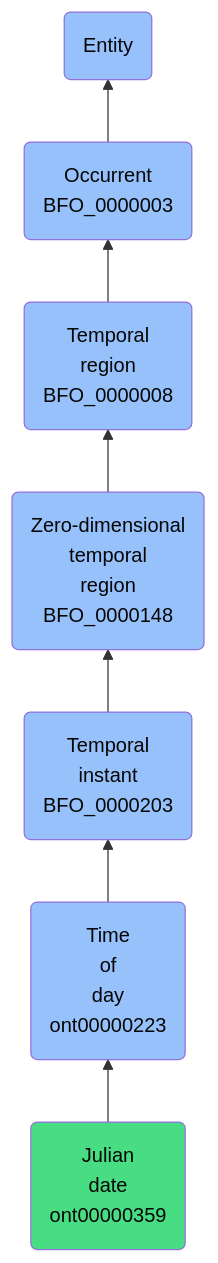
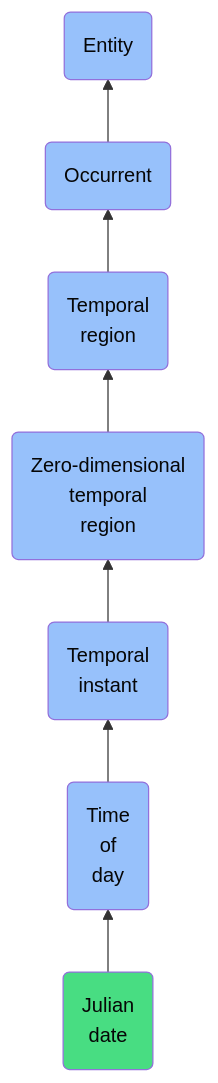
The diagram in docs/ontology/reference/model/Entity/Occurrent/Temporal region/Zero-dimensional temporal region/Temporal instant/Time of day/Julian date/Julian date.md (jupyter-naas/abi), drawn with Mermaid before and after one commit. The commit also changed other lines of this file and 1430 other files, not shown here.

````diff
--- a/docs/ontology/reference/model/Entity/Occurrent/Temporal region/Zero-dimensional temporal region/Temporal instant/Time of day/Julian date/Julian date.md
+++ b/docs/ontology/reference/model/Entity/Occurrent/Temporal region/Zero-dimensional temporal region/Temporal instant/Time of day/Julian date/Julian date.md
@@ -24,14 +24,14 @@
 ```mermaid
 graph BT
-    ont00000359(Julian<br>date<br>ont00000359):::ABI-->ont00000223
-    ont00000223(Time<br>of<br>day<br>ont00000223):::BFO-->BFO_0000203
-    BFO_0000203(Temporal<br>instant<br>BFO_0000203):::BFO-->BFO_0000148
-    BFO_0000148(Zero-dimensional<br>temporal<br>region<br>BFO_0000148):::BFO-->BFO_0000008
-    BFO_0000008(Temporal<br>region<br>BFO_0000008):::BFO-->BFO_0000003
-    BFO_0000003(Occurrent<br>BFO_0000003):::BFO-->BFO_0000001
+    ont00000359(Julian<br>date):::ABI-->ont00000223
+    ont00000223(Time<br>of<br>day):::BFO-->BFO_0000203
+    BFO_0000203(Temporal<br>instant):::BFO-->BFO_0000148
+    BFO_0000148(Zero-dimensional<br>temporal<br>region):::BFO-->BFO_0000008
+    BFO_0000008(Temporal<br>region):::BFO-->BFO_0000003
+    BFO_0000003(Occurrent):::BFO-->BFO_0000001
     BFO_0000001(Entity):::BFO
     
     classDef BFO fill:#97c1fb,color:#060606
     classDef CCO fill:#e4c51e,color:#060606
     classDef ABI fill:#48DD82,color:#060606
 ```
````
